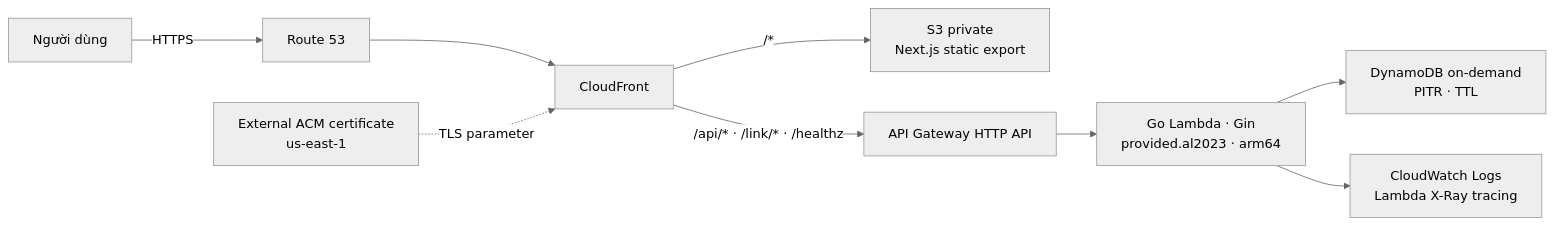
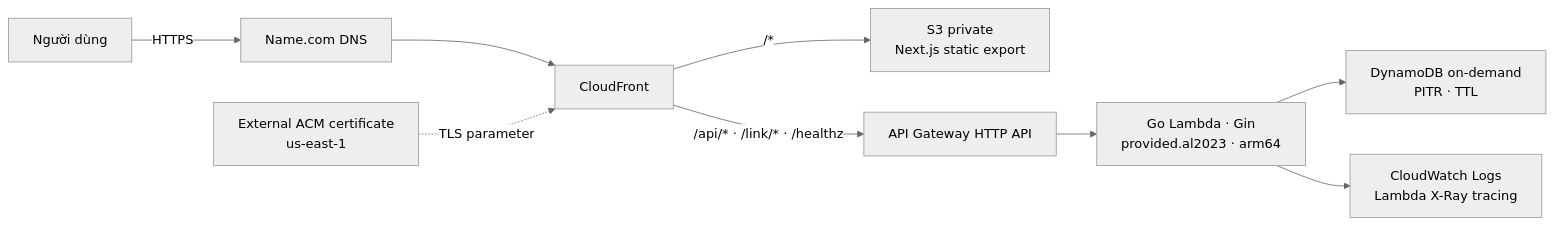
One commit to TrieuNguyenPhu/shorten-link changed the first of 2 diagrams in README.md. Above: the diagram before and after it, drawn with Mermaid (neutral theme). The commit also changed other lines of this file and 3 other files, not shown here.

````diff
--- a/README.md
+++ b/README.md
@@ -68,12 +68,12 @@
 ```mermaid
 flowchart LR
-    User["Người dùng"] -->|HTTPS| DNS["Route 53"]
+    User["Người dùng"] -->|HTTPS| DNS["Name.com DNS"]
     DNS --> Edge["CloudFront"]
     ACM["External ACM certificate\nus-east-1"] -. TLS parameter .-> Edge
 
     Edge -->|"/*"| Web["S3 private\nNext.js static export"]
     Edge -->|"/api/* · /link/* · /healthz"| API["API Gateway HTTP API"]
     API --> Lambda["Go Lambda · Gin\nprovided.al2023 · arm64"]
     Lambda --> Table["DynamoDB on-demand\nPITR · TTL"]
     Lambda --> Observe["CloudWatch Logs\nLambda X-Ray tracing"]
 ```
````
